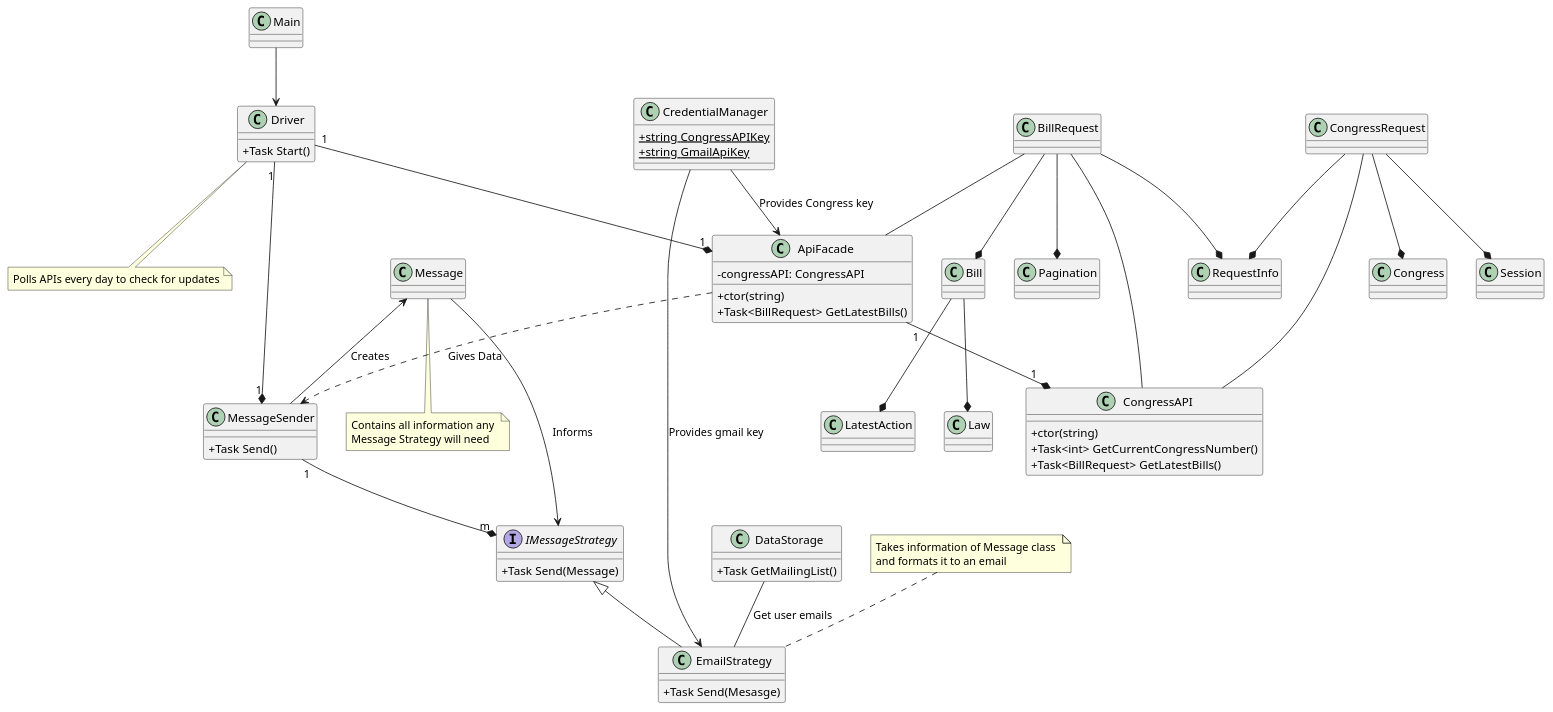
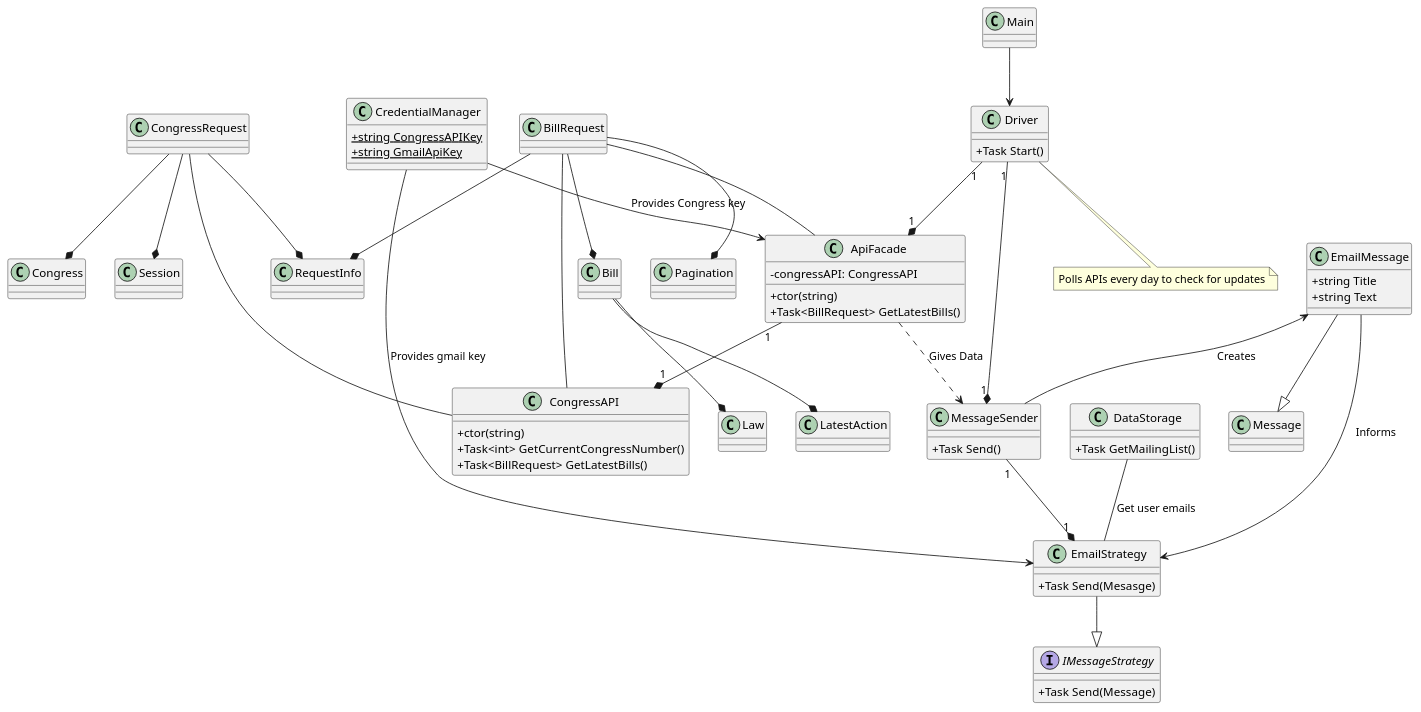
One commit to hoodieman0/govt-updates changed the diagram in class-relations.puml. Above: the diagram before and after it, drawn with PlantUML.

Commit message:
docs: updated class relationship diagram for only emails

```diff
--- a/class-relations.puml
+++ b/class-relations.puml
@@ -1,124 +1,124 @@
 @startuml class-relations
 skinparam ClassAttributeIconSize 0
 
 class CredentialManager {
     {static}+string CongressAPIKey
     {static}+string GmailApiKey
 }
 
 class ApiFacade {
     - congressAPI: CongressAPI
     +ctor(string)
     +Task<BillRequest> GetLatestBills()
 }
 
 class CongressAPI {
     +ctor(string)
     +Task<int> GetCurrentCongressNumber()
     +Task<BillRequest> GetLatestBills()
 }
 
 class CongressRequest {
 
 }
 
 class Congress {
 
 }
 
 class Session {
 
 }
 
 class RequestInfo {
 
 }
 
 class BillRequest {
 
 }
 
 class Bill {
 
 }
 
 class LatestAction {
 
 }
 
 class Law {
 
 }
 
 class Pagination {
 
 }
 
 class MessageSender {
     +Task Send()
 }
 
 interface IMessageStrategy {
     +Task Send(Message)
 }
 
 class EmailStrategy {
     +Task Send(Mesasge)
 }
 
 class DataStorage {
     +Task GetMailingList()
 }
 
-
 class Message {
 
+}
+
+class EmailMessage {
+    +string Title
+    +string Text
 }
 
 class Driver {
     +Task Start() 
 }
 
 class Main {
 
 }
 
 CredentialManager --> ApiFacade : "Provides Congress key"
 CredentialManager --> EmailStrategy : "Provides gmail key"
 ApiFacade "1" --* "1" CongressAPI
 CongressRequest -- CongressAPI
 BillRequest -- CongressAPI
 BillRequest -- ApiFacade
 
 CongressRequest --* Congress
 CongressRequest --* Session
 CongressRequest --* RequestInfo
 
 BillRequest --* Bill
 Bill --* Law
 Bill --* LatestAction
 BillRequest --* Pagination
 BillRequest --* RequestInfo
 
-Message <-- MessageSender : Creates
-Message --> IMessageStrategy : Informs
-note "Contains all information any \nMessage Strategy will need" as N2
-Message .. N2
+EmailMessage --|> Message
+EmailMessage <-- MessageSender : Creates
+EmailMessage --> EmailStrategy : Informs
 
-MessageSender "1" --* "m" IMessageStrategy
-EmailStrategy -up-|> IMessageStrategy
+MessageSender "1" --* "1" EmailStrategy
+EmailStrategy --|> IMessageStrategy
 DataStorage -- EmailStrategy : "Get user emails"
-
-note "Takes information of Message class \nand formats it to an email" as N1
-N1 .. EmailStrategy
 
 ApiFacade ..> MessageSender : Gives Data 
 
 Driver "1" --* "1" MessageSender
 Driver "1" --* "1" ApiFacade
 note "Polls APIs every day to check for updates" as n3
 Driver .. n3
 
 Main --> Driver
 
 @enduml
```
